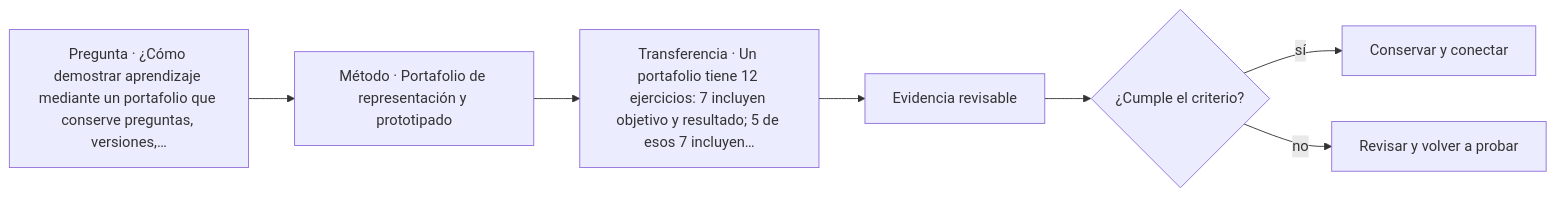
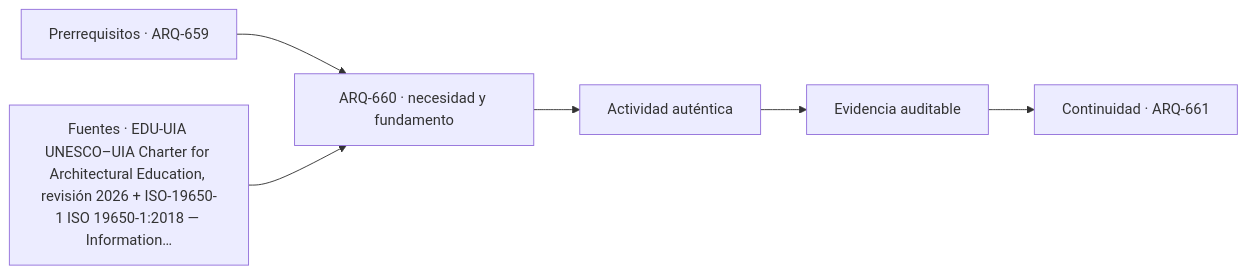
One commit to vladimiracunadev-create/architecture-built-environment-learning-program changed the diagram in classes/parte-66/ARQ-660.md. Above: the diagram before and after it, drawn with Mermaid. The commit also changed other lines of this file and 761 other files, not shown here.

````diff
--- a/classes/parte-66/ARQ-660.md
+++ b/classes/parte-66/ARQ-660.md
@@ -66,9 +78,8 @@
 ```mermaid
 flowchart LR
-    Q["Pregunta · ¿Cómo demostrar aprendizaje mediante un portafolio que conserve preguntas, versiones,…"] --> M["Método · Portafolio de representación y prototipado"]
-    M --> P["Transferencia · Un portafolio tiene 12 ejercicios: 7 incluyen objetivo y resultado; 5 de esos 7 incluyen…"]
-    P --> E["Evidencia revisable"]
-    E --> C{"¿Cumple el criterio?"}
-    C -->|sí| T["Conservar y conectar"]
-    C -->|no| R["Revisar y volver a probar"]
+    A["Prerrequisitos · ARQ-659"] --> B["ARQ-660 · necesidad y fundamento"]
+    S["Fuentes · EDU-UIA UNESCO–UIA Charter for Architectural Education, revisión 2026 + ISO-19650-1 ISO 19650-1:2018 — Information…"] --> B
+    B --> C["Actividad auténtica"]
+    C --> D["Evidencia auditable"]
+    D --> E["Continuidad · ARQ-661"]
 ```
````
